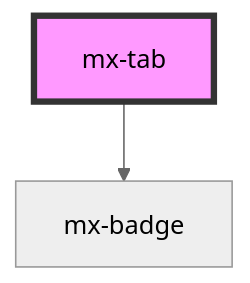
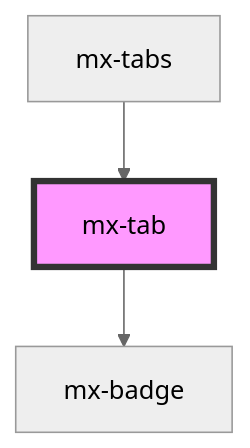
The diagram in src/components/mx-tab/readme.md (kevinleedrum/mds), drawn with Mermaid (neutral theme) before and after one commit. The commit also changed other lines of this file and 226 other files, not shown here.

````diff
--- a/src/components/mx-tab/readme.md
+++ b/src/components/mx-tab/readme.md
@@ -27,5 +31,6 @@
 ```mermaid
 graph TD;
   mx-tab --> mx-badge
+  mx-tabs --> mx-tab
   style mx-tab fill:#f9f,stroke:#333,stroke-width:4px
 ```
````
